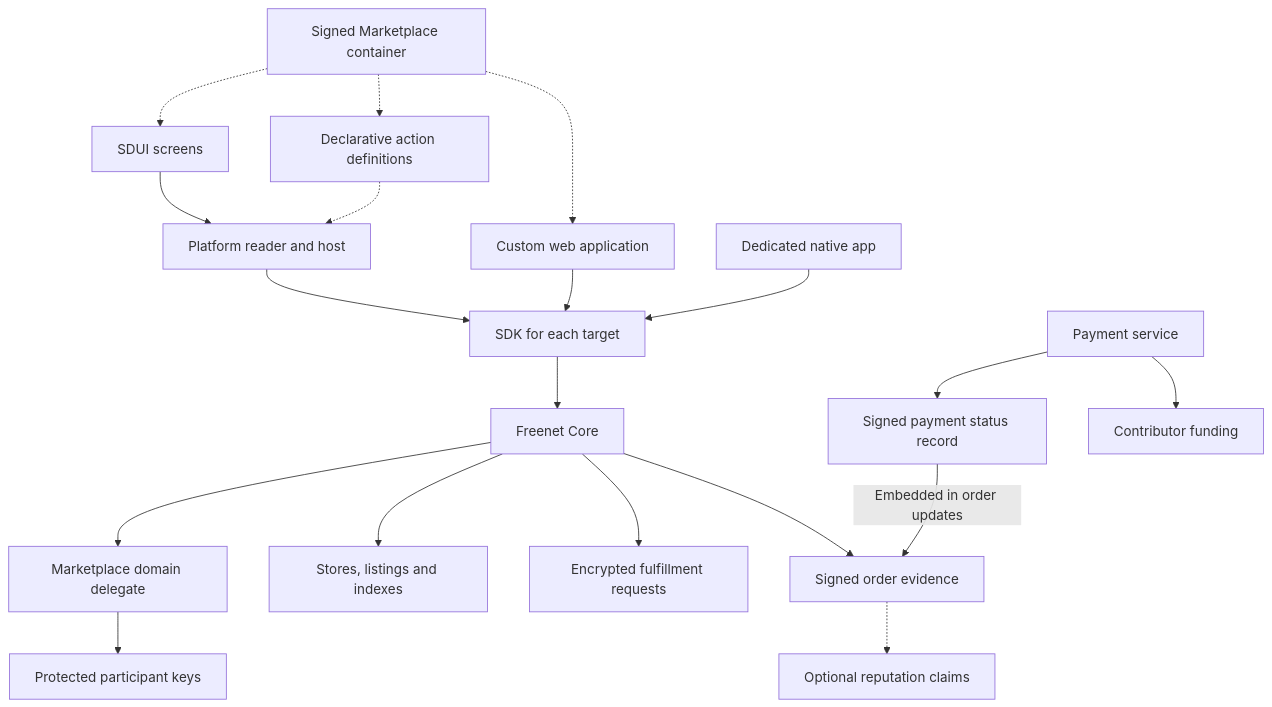
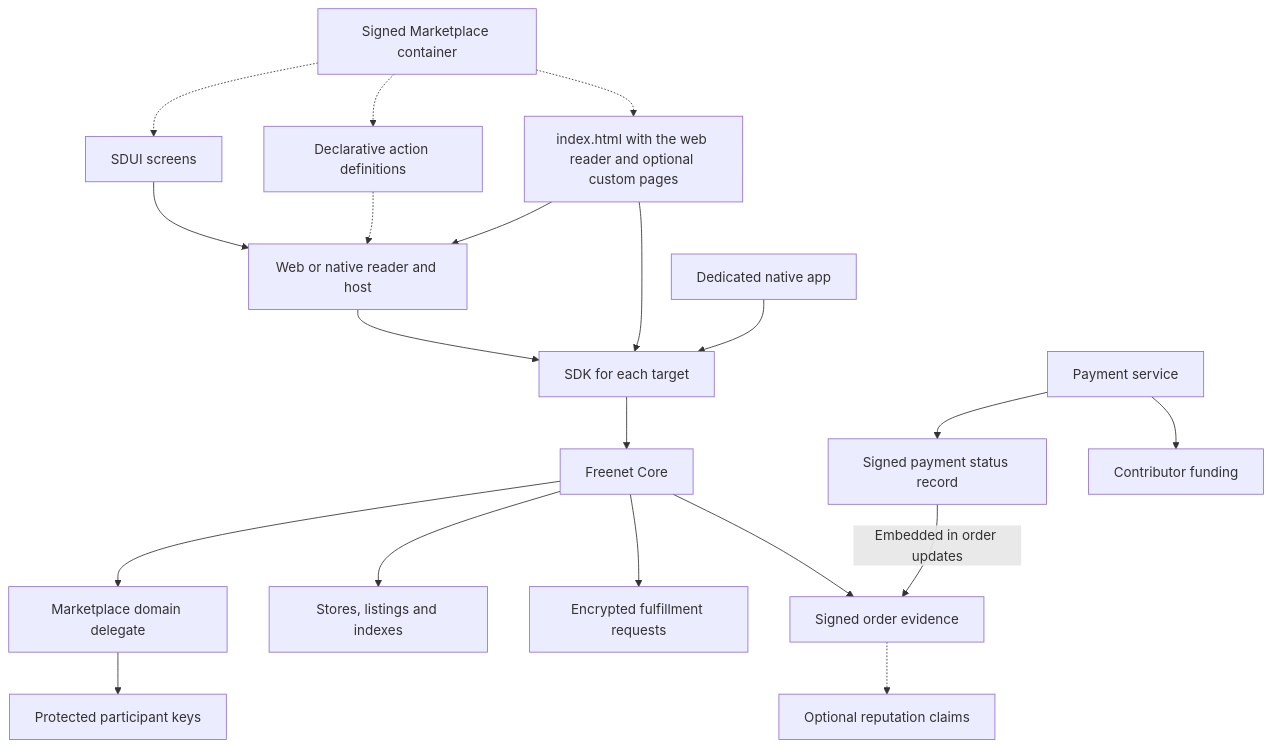
One commit to EVY-Platform/evy-freenet-plans changed the first of 3 diagrams in marketplace/README.md. Above: the diagram before and after it, drawn with Mermaid. The commit also changed other lines of this file and 17 other files, not shown here.

````diff
--- a/marketplace/README.md
+++ b/marketplace/README.md
@@ -9,21 +9,22 @@
 ```mermaid
 flowchart TD
     Bundle[Signed Marketplace container] -.-> Actions[Declarative action definitions]
     Bundle -.-> UI[SDUI screens]
-    Bundle -.-> Web[Custom web application]
-    UI --> Reader[Platform reader and host]
+    Bundle -.-> Web["index.html with the web reader and optional custom pages"]
+    UI --> Reader[Web or native reader and host]
     Actions -.-> Reader
+    Web --> Reader
     Reader --> SDK[SDK for each target]
     Web --> SDK
     Native[Dedicated native app] --> SDK
     SDK --> Core[Freenet Core]
     Core --> Delegate[Marketplace domain delegate]
     Core --> Public[Stores, listings and indexes]
     Core --> Requests[Encrypted fulfillment requests]
     Core --> Orders[Signed order evidence]
     Delegate --> Keys[Protected participant keys]
     Payment[Payment service] --> Status[Signed payment status record]
     Status -->|Embedded in order updates| Orders
     Payment --> Funding[Contributor funding]
     Orders -.-> Claims[Optional reputation claims]
 ```
````
